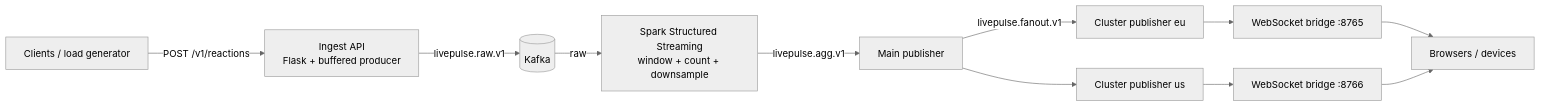
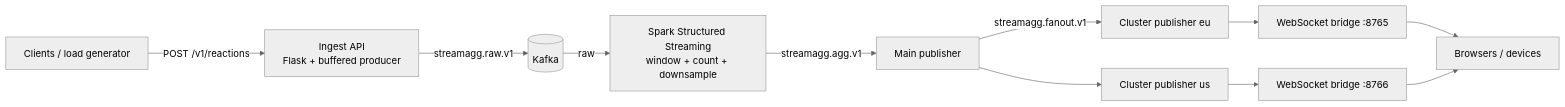
One commit to shri30yans/EmoStream changed the diagram in README.md. Above: the diagram before and after it, drawn with Mermaid (neutral theme). The commit also changed other lines of this file and 13 other files, not shown here.

Commit message:
Rename LivePulse-Kafka-Spark -> StreamAgg-Spark (generic stream aggregation platform)

````diff
--- a/README.md
+++ b/README.md
@@ -16,13 +17,13 @@
 ```mermaid
 flowchart LR
     C[Clients / load generator] -- POST /v1/reactions --> API[Ingest API\nFlask + buffered producer]
-    API -- livepulse.raw.v1 --> K[(Kafka)]
+    API -- streamagg.raw.v1 --> K[(Kafka)]
     K -- raw --> SPARK[Spark Structured Streaming\nwindow + count + downsample]
-    SPARK -- livepulse.agg.v1 --> MAIN[Main publisher]
-    MAIN -- livepulse.fanout.v1 --> CL1[Cluster publisher eu]
+    SPARK -- streamagg.agg.v1 --> MAIN[Main publisher]
+    MAIN -- streamagg.fanout.v1 --> CL1[Cluster publisher eu]
     MAIN --> CL2[Cluster publisher us]
     CL1 --> WS1[WebSocket bridge :8765]
     CL2 --> WS2[WebSocket bridge :8766]
     WS1 --> B[Browsers / devices]
     WS2 --> B
 ```
````
